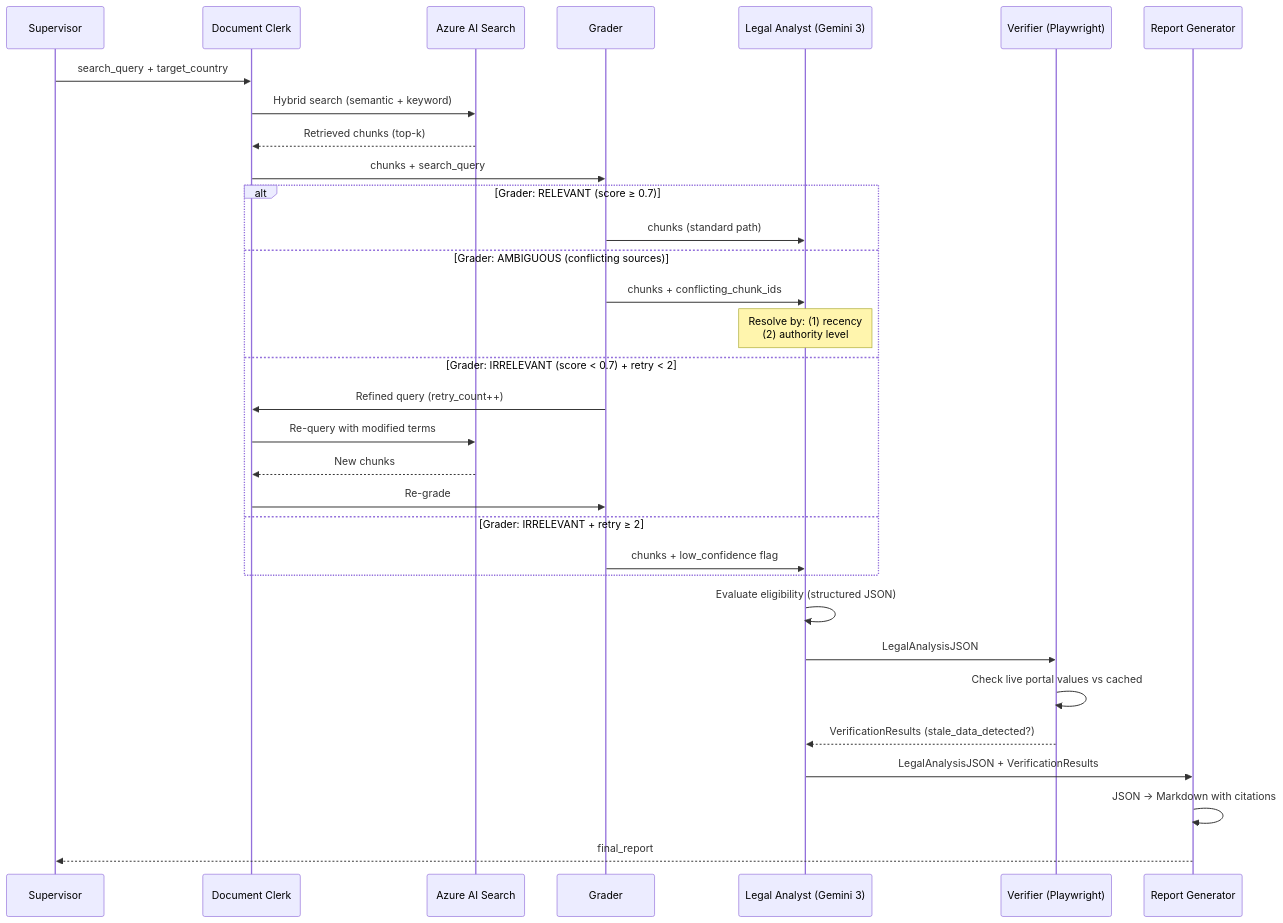
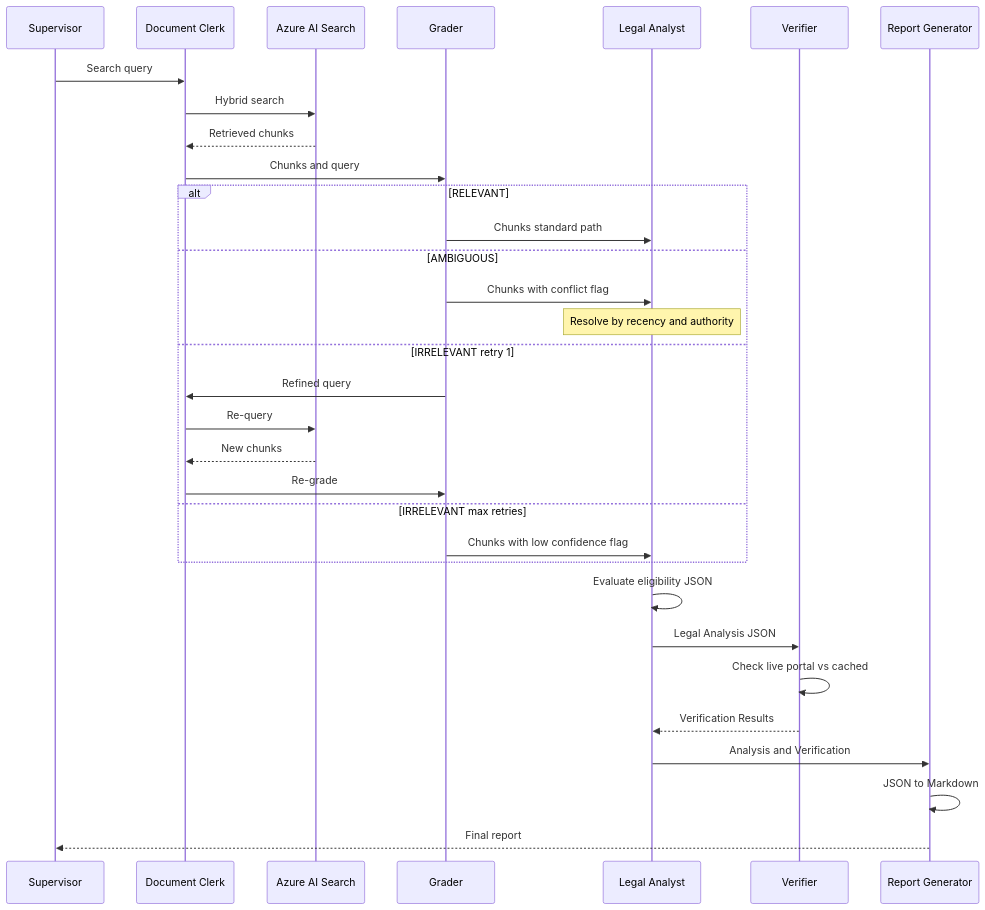
Before and after one commit to AngadSinghLamba/global-mobility-analyzer: the second of 2 diagrams in docs/System_Design.md, drawn with Mermaid. The commit also changed other lines of this file and 1 other file, not shown here.

Commit message:
fix: clean up Mermaid syntax for better rendering

````diff
--- a/docs/System_Design.md
+++ b/docs/System_Design.md
@@ -39,38 +39,37 @@
 ```mermaid
 sequenceDiagram
     participant S as Supervisor
     participant DC as Document Clerk
     participant AZ as Azure AI Search
     participant G as Grader
-    participant LA as Legal Analyst (Gemini 3)
-    participant V as Verifier (Playwright)
+    participant LA as Legal Analyst
+    participant V as Verifier
     participant RG as Report Generator
 
-    S->>DC: search_query + target_country
-    DC->>AZ: Hybrid search (semantic + keyword)
-    AZ-->>DC: Retrieved chunks (top-k)
-    DC->>G: chunks + search_query
+    S->>DC: Search query
+    DC->>AZ: Hybrid search
+    AZ-->>DC: Retrieved chunks
+    DC->>G: Chunks and query
 
-    alt Grader: RELEVANT (score ≥ 0.7)
-        G->>LA: chunks (standard path)
-    else Grader: AMBIGUOUS (conflicting sources)
-        G->>LA: chunks + conflicting_chunk_ids
-        Note over LA: Resolve by: (1) recency<br/>(2) authority level
-    else Grader: IRRELEVANT (score < 0.7) + retry < 2
-        G->>DC: Refined query (retry_count++)
-        DC->>AZ: Re-query with modified terms
+    alt RELEVANT
+        G->>LA: Chunks standard path
+    else AMBIGUOUS
+        G->>LA: Chunks with conflict flag
+        Note over LA: Resolve by recency and authority
+    else IRRELEVANT retry 1
+        G->>DC: Refined query
+        DC->>AZ: Re-query
         AZ-->>DC: New chunks
         DC->>G: Re-grade
-    else Grader: IRRELEVANT + retry ≥ 2
-        G->>LA: chunks + low_confidence flag
+    else IRRELEVANT max retries
+        G->>LA: Chunks with low confidence flag
     end
 
-    LA->>LA: Evaluate eligibility (structured JSON)
-    LA->>V: LegalAnalysisJSON
-    V->>V: Check live portal values vs cached
-    V-->>LA: VerificationResults (stale_data_detected?)
-
-    LA->>RG: LegalAnalysisJSON + VerificationResults
-    RG->>RG: JSON → Markdown with citations
-    RG-->>S: final_report
+    LA->>LA: Evaluate eligibility JSON
+    LA->>V: Legal Analysis JSON
+    V->>V: Check live portal vs cached
+    V-->>LA: Verification Results
+    LA->>RG: Analysis and Verification
+    RG->>RG: JSON to Markdown
+    RG-->>S: Final report
 ```
````
